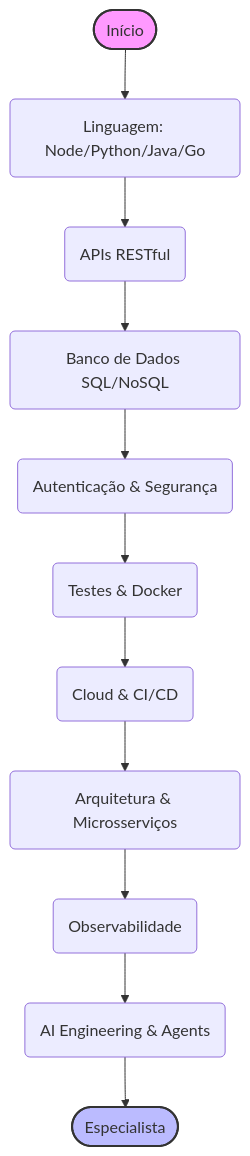
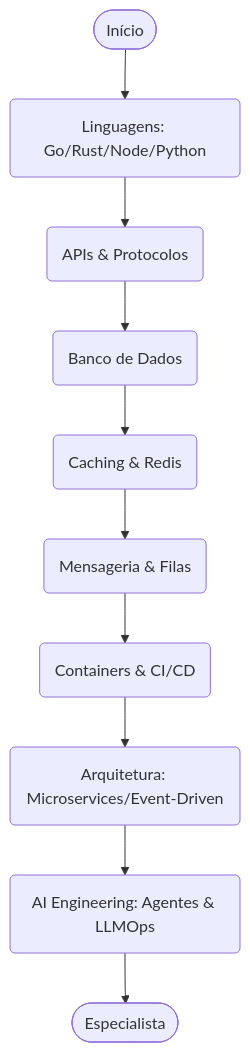
Before and after one commit to juninmd/roadmap-developer: the diagram in roadmaps/backend/backend.md, drawn with Mermaid. The commit also changed other lines of this file and 2 other files, not shown here.

First line of the commit message:
docs: update and condense roadmaps for 2026 standards (#128)

````diff
--- a/roadmaps/backend/backend.md
+++ b/roadmaps/backend/backend.md
@@ -5,16 +5,12 @@
 ```mermaid
 flowchart TD
-    Start([Início]) --> Lang(Linguagem: Node/Python/Java/Go)
-    Lang --> API(APIs RESTful)
-    API --> DB(Banco de Dados SQL/NoSQL)
-    DB --> Auth(Autenticação & Segurança)
-    Auth --> Test(Testes & Docker)
-    Test --> Cloud(Cloud & CI/CD)
-    Cloud --> Arch(Arquitetura & Microsserviços)
-    Arch --> Obs(Observabilidade)
-    Obs --> AI(AI Engineering & Agents)
+    Start([Início]) --> Lang(Linguagens: Go/Rust/Node/Python)
+    Lang --> API(APIs & Protocolos)
+    API --> DB(Banco de Dados)
+    DB --> Cache(Caching & Redis)
+    Cache --> Async(Mensageria & Filas)
+    Async --> DevOps(Containers & CI/CD)
+    DevOps --> Arch(Arquitetura: Microservices/Event-Driven)
+    Arch --> AI(AI Engineering: Agentes & LLMOps)
     AI --> Spec([Especialista])
-
-    style Start fill:#f9f,stroke:#333,stroke-width:2px
-    style Spec fill:#bbf,stroke:#333,stroke-width:2px
 ```
````
